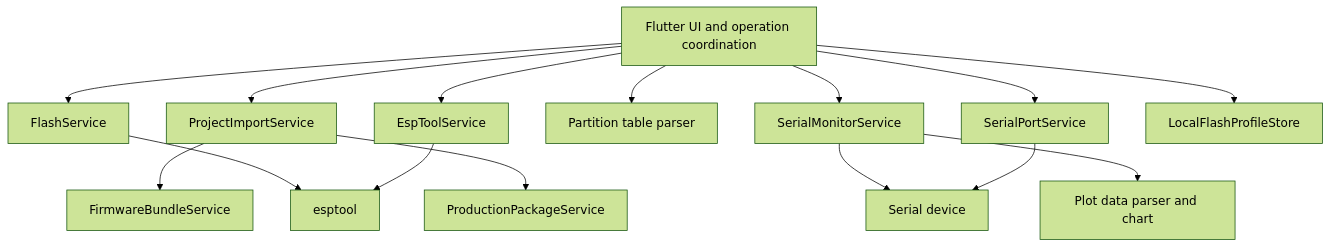
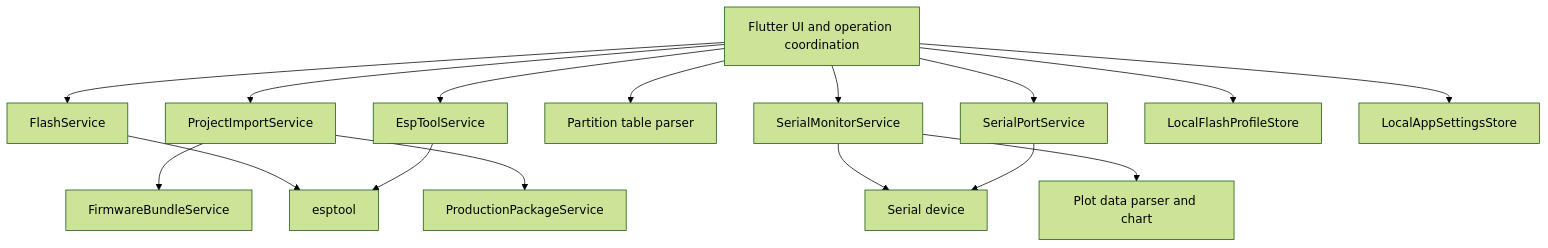
One commit to GianluViv/esp_loader changed the diagram in docs/ARCHITECTURE.md. Above: the diagram before and after it, drawn with Mermaid (forest theme). The commit also changed other lines of this file and 30 other files, not shown here.

````diff
--- a/docs/ARCHITECTURE.md
+++ b/docs/ARCHITECTURE.md
@@ -7,17 +7,18 @@
 ```mermaid
 flowchart TD
     UI[Flutter UI and operation coordination] --> Ports[SerialPortService]
     UI --> Detect[EspToolService]
     UI --> Projects[ProjectImportService]
     Projects --> Manifest[FirmwareBundleService]
     Projects --> Packages[ProductionPackageService]
     UI --> Partitions[Partition table parser]
     UI --> Flash[FlashService]
     UI --> Serial[SerialMonitorService]
     Serial --> Plot[Plot data parser and chart]
     UI --> Profile[LocalFlashProfileStore]
+    UI --> Settings[LocalAppSettingsStore]
     Detect --> Tool[esptool]
     Flash --> Tool
     Ports --> Device[Serial device]
     Serial --> Device
 ```
````
